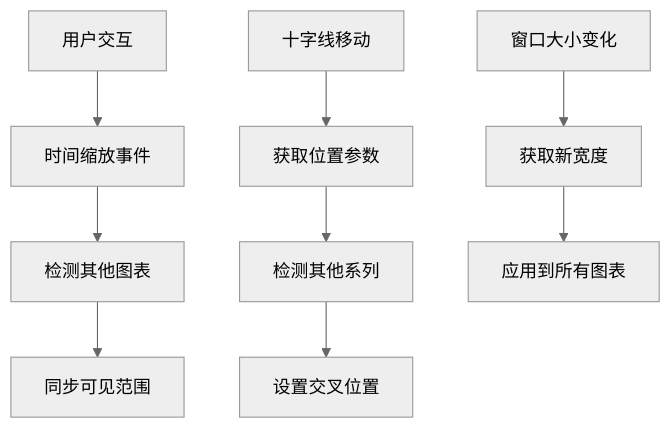
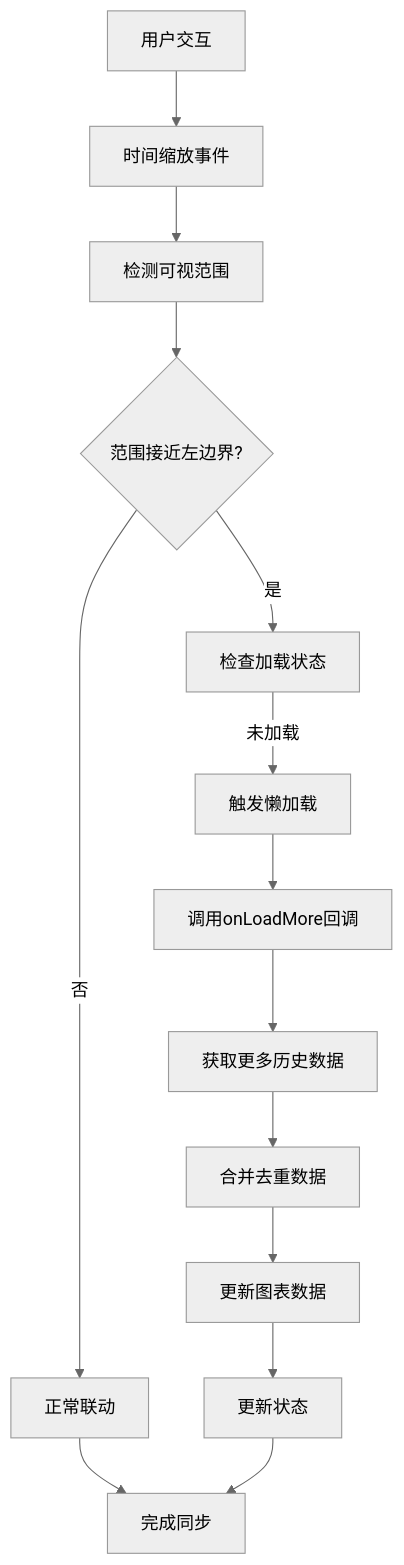
The fourth of 8 diagrams in .qoder/repowiki/zh/content/投资组合管理/前端集成与展示/高级图表可视化.md (breeze-lyf/ai-stock-advisor), drawn with Mermaid (neutral theme) before and after one commit. The commit also changed other lines of this file and 122 other files, not shown here.

````diff
--- a/.qoder/repowiki/zh/content/投资组合管理/前端集成与展示/高级图表可视化.md
+++ b/.qoder/repowiki/zh/content/投资组合管理/前端集成与展示/高级图表可视化.md
@@ -192,11 +212,16 @@
 ```mermaid
 flowchart TD
 A[用户交互] --> B[时间缩放事件]
-B --> C[检测其他图表]
-C --> D[同步可见范围]
-E[十字线移动] --> F[获取位置参数]
-F --> G[检测其他系列]
-G --> H[设置交叉位置]
-I[窗口大小变化] --> J[获取新宽度]
-J --> K[应用到所有图表]
+B --> C[检测可视范围]
+C --> D{范围接近左边界?}
+D --> |是| E[检查加载状态]
+E --> |未加载| F[触发懒加载]
+F --> G[调用onLoadMore回调]
+G --> H[获取更多历史数据]
+H --> I[合并去重数据]
+I --> J[更新图表数据]
+D --> |否| K[正常联动]
+J --> L[更新状态]
+K --> M[完成同步]
+L --> M
 ```
````
